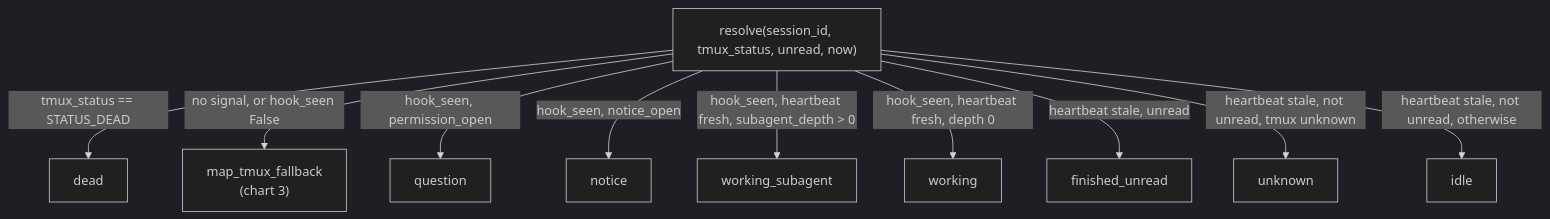
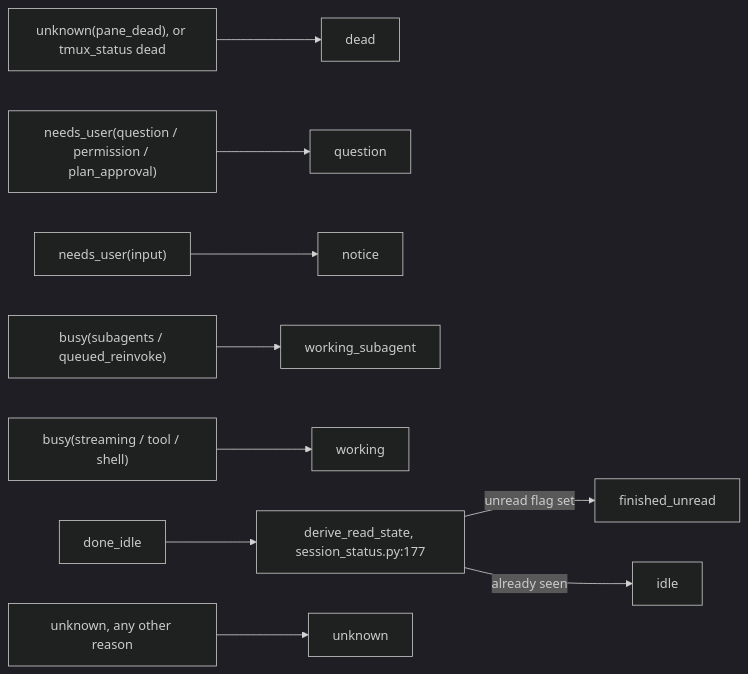
Before and after one commit to ccsliinc/CloudeCode: the third of 13 diagrams in docs/session-status-model.md, drawn with Mermaid (dark theme). The commit also changed other lines of this file and 86 other files, not shown here.

````diff
--- a/docs/session-status-model.md
+++ b/docs/session-status-model.md
@@ -73,23 +158,21 @@
 ```mermaid
-flowchart TD
-    R["resolve(session_id, tmux_status, unread, now)"]
-
-    R -->|"tmux_status == STATUS_DEAD"| dead
-    R -->|"no signal, or hook_seen False"| FB["map_tmux_fallback<br/>(chart 3)"]
-    R -->|"hook_seen, permission_open"| question
-    R -->|"hook_seen, notice_open"| notice
-    R -->|"hook_seen, heartbeat fresh, subagent_depth > 0"| wsub
-    R -->|"hook_seen, heartbeat fresh, depth 0"| working
-    R -->|"heartbeat stale, unread"| fin
-    R -->|"heartbeat stale, not unread, tmux unknown"| unknown
-    R -->|"heartbeat stale, not unread, otherwise"| idle
+flowchart LR
+    V1["unknown(pane_dead), or tmux_status dead"] --> dead
+    V2["needs_user(question / permission / plan_approval)"] --> question
+    V3["needs_user(input)"] --> notice
+    V4["busy(subagents / queued_reinvoke)"] --> wsub
+    V5["busy(streaming / tool / shell)"] --> working
+    V6["done_idle"] --> RD["derive_read_state, session_status.py:177"]
+    RD -->|"unread flag set"| fin
+    RD -->|"already seen"| idle
+    V7["unknown, any other reason"] --> unknown
 
     dead["dead"]
     question["question"]
     notice["notice"]
     wsub["working_subagent"]
     working["working"]
     fin["finished_unread"]
     idle["idle"]
     unknown["unknown"]
 ```
````
